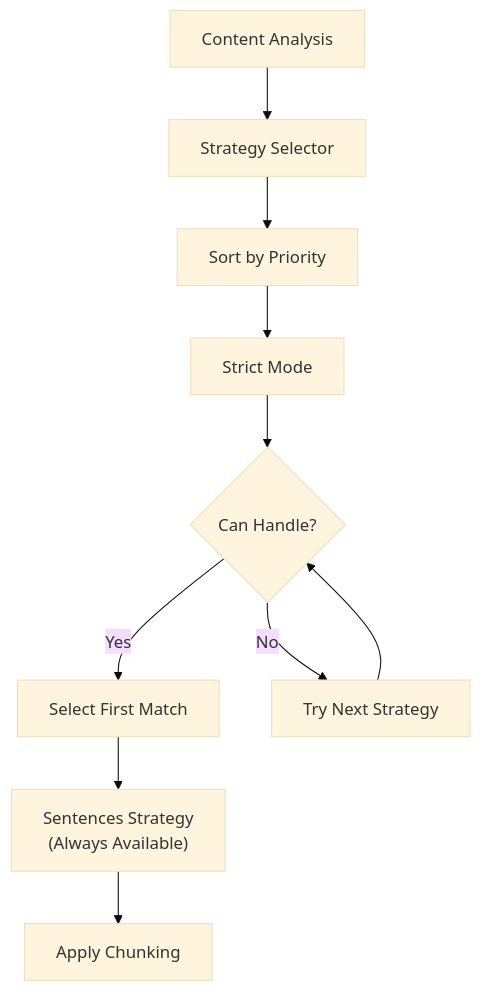
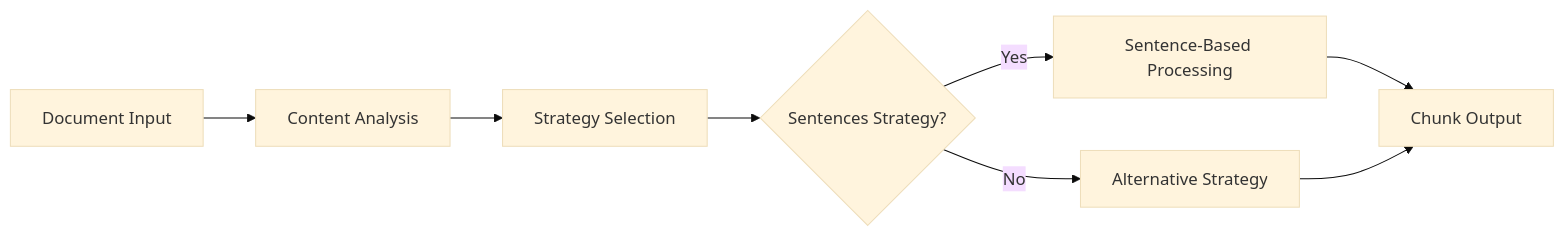
One commit to asukhodko/dify-markdown-chunker changed the ninth of 10 diagrams in .qoder/repowiki/en/content/Chunking Strategies/Sentences Strategy.md. Above: the diagram before and after it, drawn with Mermaid (base theme). The commit also changed other lines of this file and 205 other files, not shown here.

````diff
--- a/.qoder/repowiki/en/content/Chunking Strategies/Sentences Strategy.md
+++ b/.qoder/repowiki/en/content/Chunking Strategies/Sentences Strategy.md
@@ -351,12 +478,10 @@
 ```mermaid
-flowchart TD
-A["Content Analysis"] --> B["Strategy Selector"]
-B --> C["Sort by Priority"]
-C --> D["Strict Mode"]
-D --> E{"Can Handle?"}
-E --> |Yes| F["Select First Match"]
-E --> |No| G["Try Next Strategy"]
-G --> E
-F --> H["Sentences Strategy<br/>(Always Available)"]
-H --> I["Apply Chunking"]
+flowchart LR
+A["Document Input"] --> B["Content Analysis"]
+B --> C["Strategy Selection"]
+C --> D{"Sentences Strategy?"}
+D --> |Yes| E["Sentence-Based Processing"]
+D --> |No| F["Alternative Strategy"]
+E --> G["Chunk Output"]
+F --> G
 ```
````
